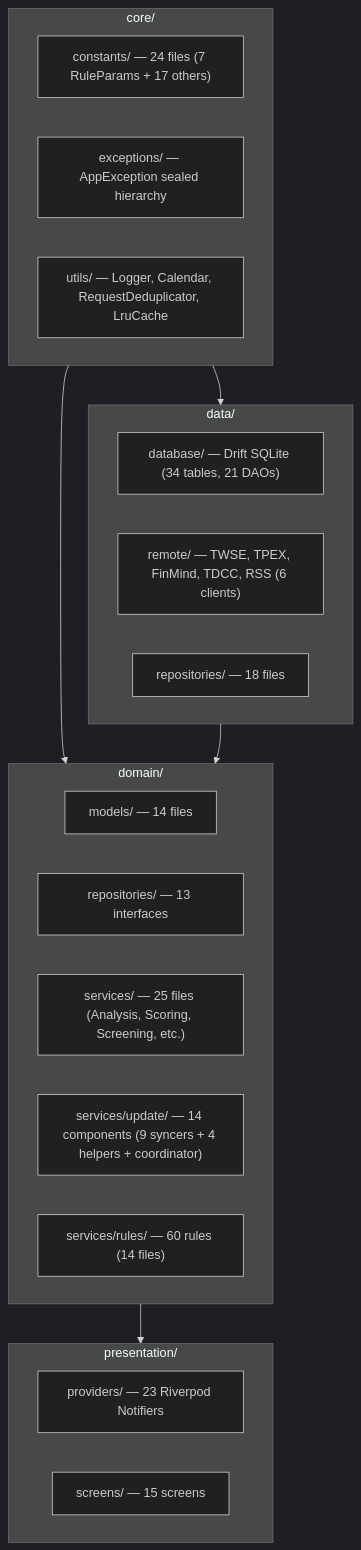
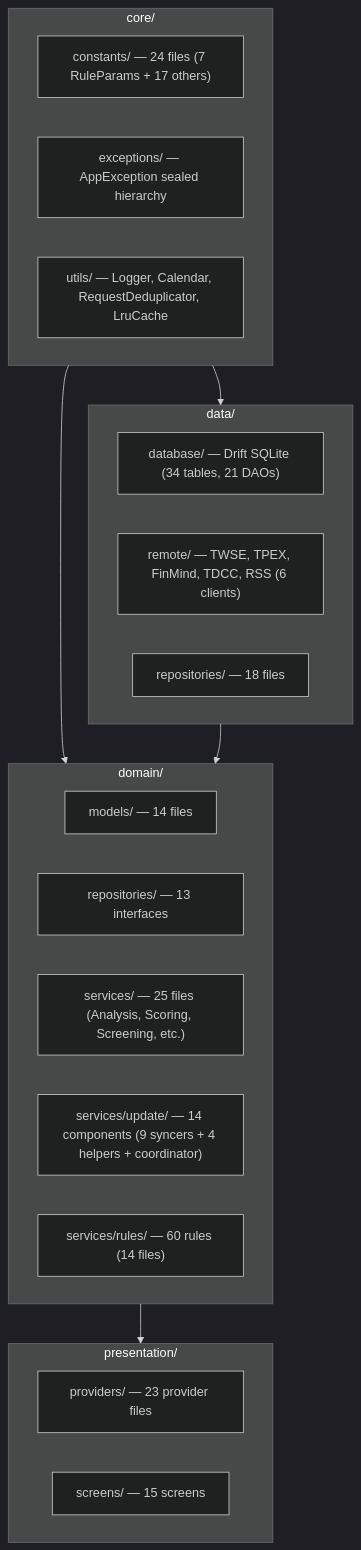
Before and after one commit to Neal75418/afterclose: the second of 4 diagrams in CLAUDE.md, drawn with Mermaid. The commit also changed 1 other file, not shown here.

Commit message:
docs: fix provider description — 23 Notifiers → 23 provider files
The providers/ directory has 23 files but only 17 are actual
Notifier classes. The rest are barrel exports, state classes,
type definitions, and plain loader classes.

````diff
--- a/CLAUDE.md
+++ b/CLAUDE.md
@@ -55,33 +55,33 @@
 ```mermaid
 %%{init: {'theme': 'dark'}}%%
 flowchart TB
     subgraph Core["core/"]
         Constants["constants/ — 24 files (7 RuleParams + 17 others)"]
         Exceptions["exceptions/ — AppException sealed hierarchy"]
         Utils["utils/ — Logger, Calendar, RequestDeduplicator, LruCache"]
     end
 
     subgraph Data["data/"]
         Database["database/ — Drift SQLite (34 tables, 21 DAOs)"]
         Remote["remote/ — TWSE, TPEX, FinMind, TDCC, RSS (6 clients)"]
         Repos["repositories/ — 18 files"]
     end
 
     subgraph Domain["domain/"]
         Models["models/ — 14 files"]
         RepoIF["repositories/ — 13 interfaces"]
         Services["services/ — 25 files (Analysis, Scoring, Screening, etc.)"]
         Update["services/update/ — 14 components (9 syncers + 4 helpers + coordinator)"]
         Rules["services/rules/ — 60 rules (14 files)"]
     end
 
     subgraph Presentation["presentation/"]
-        Providers["providers/ — 23 Riverpod Notifiers"]
+        Providers["providers/ — 23 provider files"]
         Screens["screens/ — 15 screens"]
     end
 
     Core --> Data
     Core --> Domain
     Data --> Domain
     Domain --> Presentation
 ```
````
